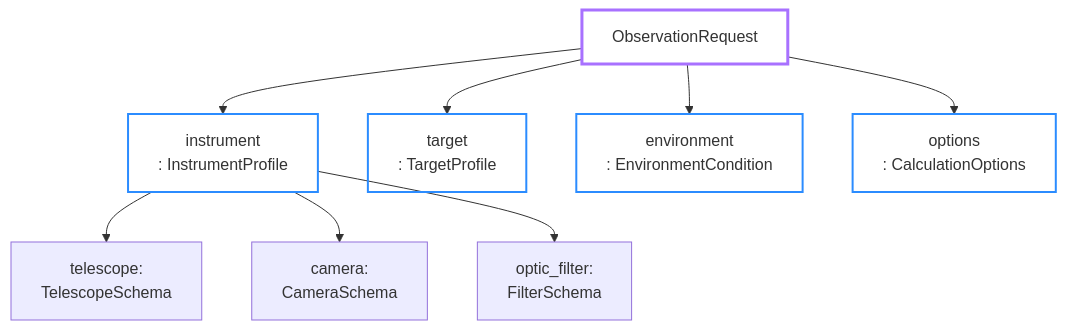
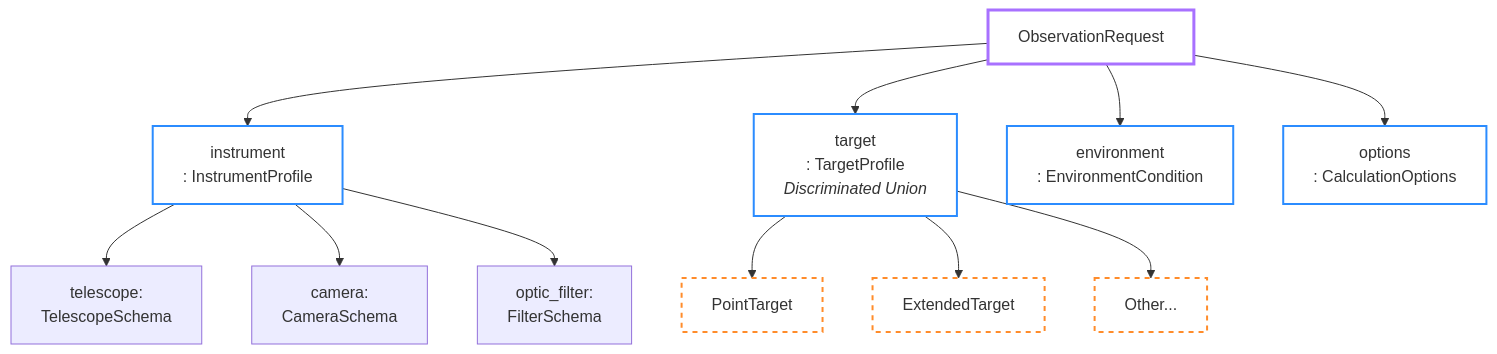
The third of 3 diagrams in docs/architecture.md (happpycorn/CASTOR), drawn with Mermaid before and after one commit. The commit also changed other lines of this file and 1 other file, not shown here.

Commit message:
update schema

````diff
--- a/docs/architecture.md
+++ b/docs/architecture.md
@@ -258,25 +258,35 @@
 ```mermaid
 graph TD
     %% Core Root
     Root[ObservationRequest]
 
     %% Domain Pillars (Pydantic Fields & Types)
     P1[instrument<br/>: InstrumentProfile]
-    P2[target<br/>: TargetProfile]
+    P2[target<br/>: TargetProfile<br/><i>Discriminated Union</i>]
     P3[environment<br/>: EnvironmentCondition]
     P4[options<br/>: CalculationOptions]
 
     Root --> P1 & P2 & P3 & P4
 
     %% Instrument Profile Sub-schemas
     P1 --> P1_1[telescope: <br/>TelescopeSchema]
     P1 --> P1_2[camera: <br/>CameraSchema]
     P1 --> P1_3[optic_filter: <br/>FilterSchema]
 
+    %% Target Profile Sub-schemas (Polymorphism)
+    P2 --> P2_1[PointTarget]
+    P2 --> P2_2[ExtendedTarget]
+    P2 --> P2_3[Other...]
+
     %% Styling
     style Root fill:transparent,stroke:#a871ff,stroke-width:3px
     style P1 fill:transparent,stroke:#2b8cff,stroke-width:2px
     style P2 fill:transparent,stroke:#2b8cff,stroke-width:2px
     style P3 fill:transparent,stroke:#2b8cff,stroke-width:2px
     style P4 fill:transparent,stroke:#2b8cff,stroke-width:2px
+    
+    %% Highlight Polymorphic branches
+    style P2_1 fill:transparent,stroke:#ff8c2b,stroke-width:2px,stroke-dasharray: 5 5
+    style P2_2 fill:transparent,stroke:#ff8c2b,stroke-width:2px,stroke-dasharray: 5 5
+    style P2_3 fill:transparent,stroke:#ff8c2b,stroke-width:2px,stroke-dasharray: 5 5
 ```
````
